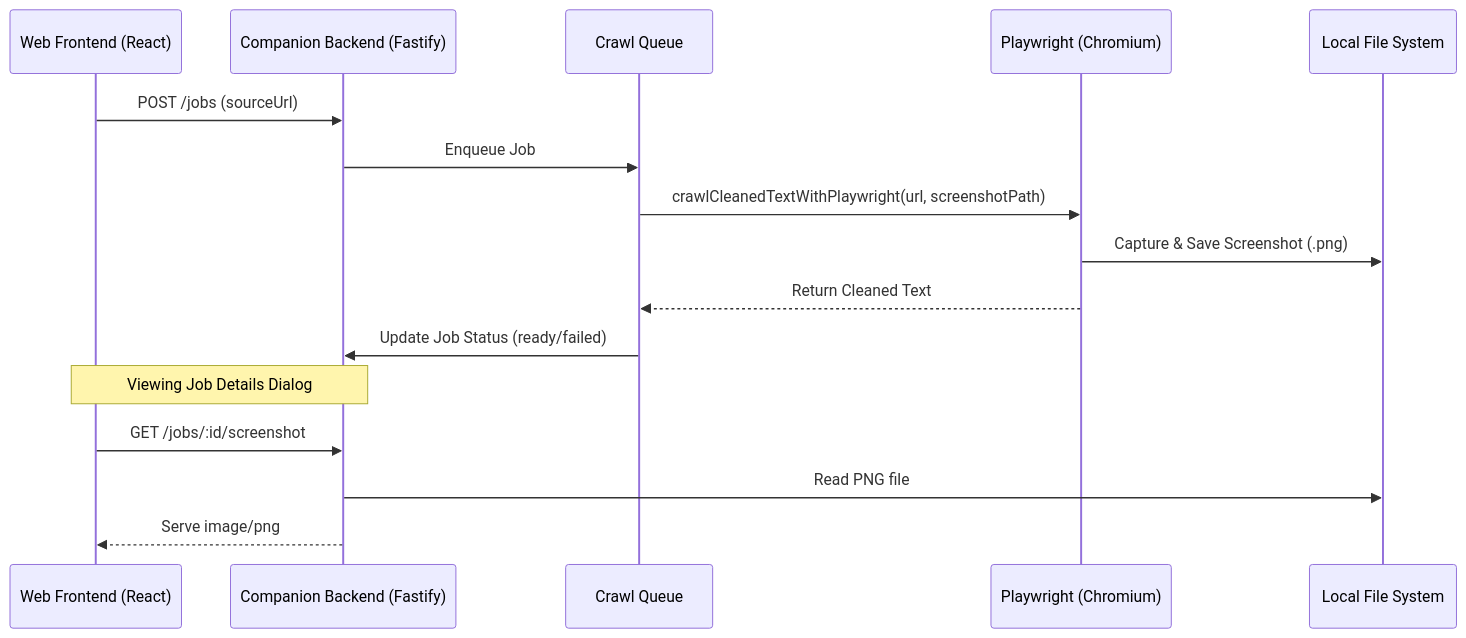
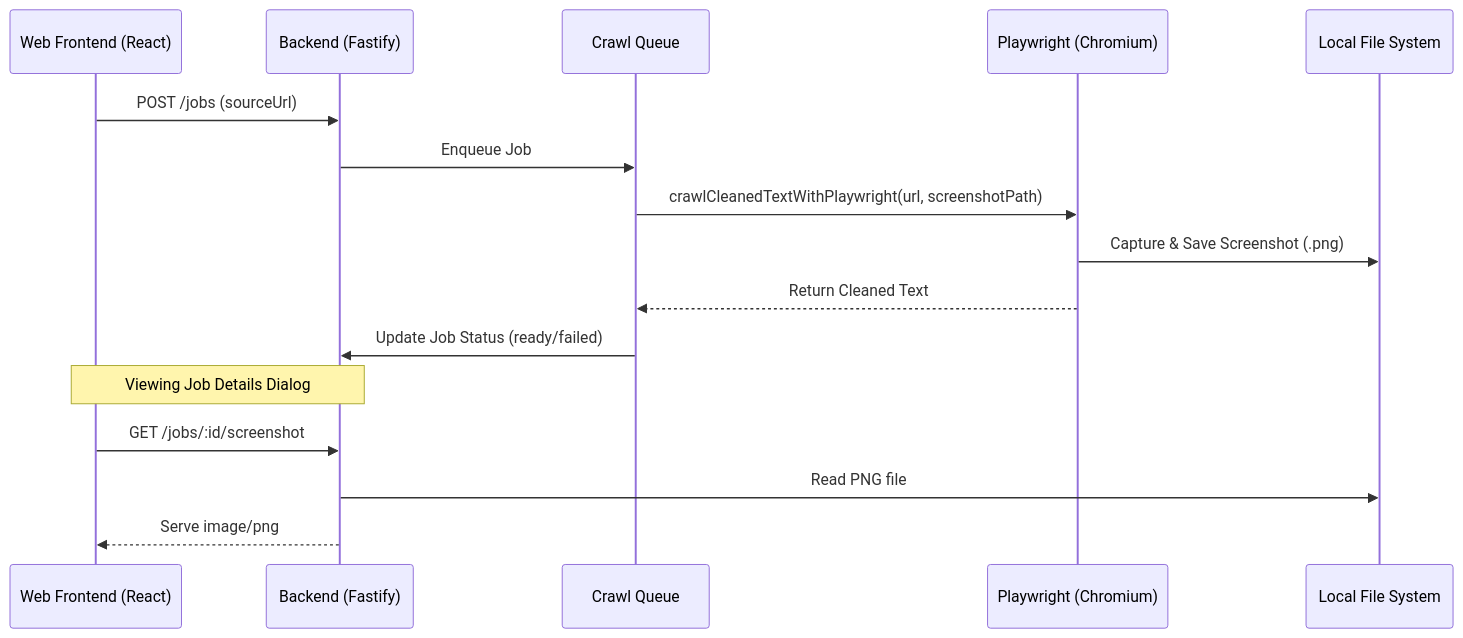
Before and after one commit to Benjaminlooi/open-resume: the diagram in docs/superpowers/specs/2026-06-15-job-crawl-screenshots-design.md, drawn with Mermaid. The commit also changed other lines of this file and 74 other files, not shown here.

First line of the commit message:
refactor: rename companion to backend across entire codebase

````diff
--- a/docs/superpowers/specs/2026-06-15-job-crawl-screenshots-design.md
+++ b/docs/superpowers/specs/2026-06-15-job-crawl-screenshots-design.md
@@ -7,20 +7,20 @@
 ```mermaid
 sequenceDiagram
     participant Web as Web Frontend (React)
-    participant Fastify as Companion Backend (Fastify)
+    participant Fastify as Backend (Fastify)
     participant Queue as Crawl Queue
     participant PW as Playwright (Chromium)
     participant Disk as Local File System
 
     Web->>Fastify: POST /jobs (sourceUrl)
     Fastify->>Queue: Enqueue Job
     Queue->>PW: crawlCleanedTextWithPlaywright(url, screenshotPath)
     PW->>Disk: Capture & Save Screenshot (.png)
     PW-->>Queue: Return Cleaned Text
     Queue->>Fastify: Update Job Status (ready/failed)
     
     Note over Web,Fastify: Viewing Job Details Dialog
     Web->>Fastify: GET /jobs/:id/screenshot
     Fastify->>Disk: Read PNG file
     Fastify-->>Web: Serve image/png
 ```
````
